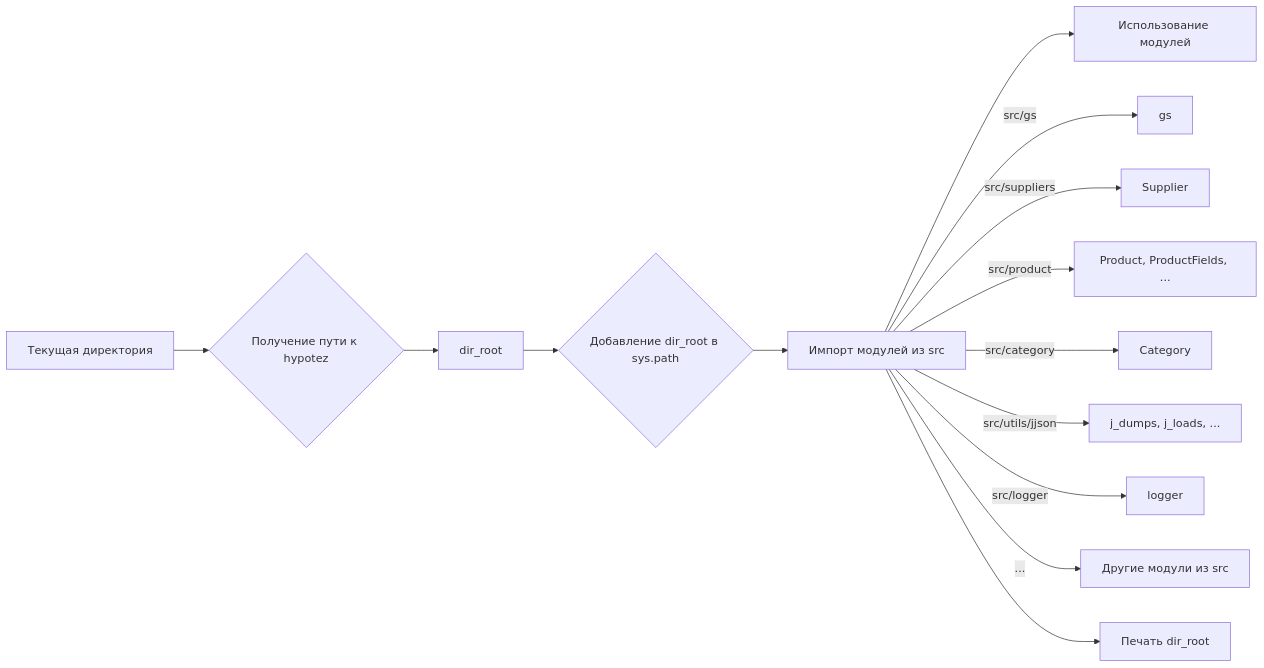
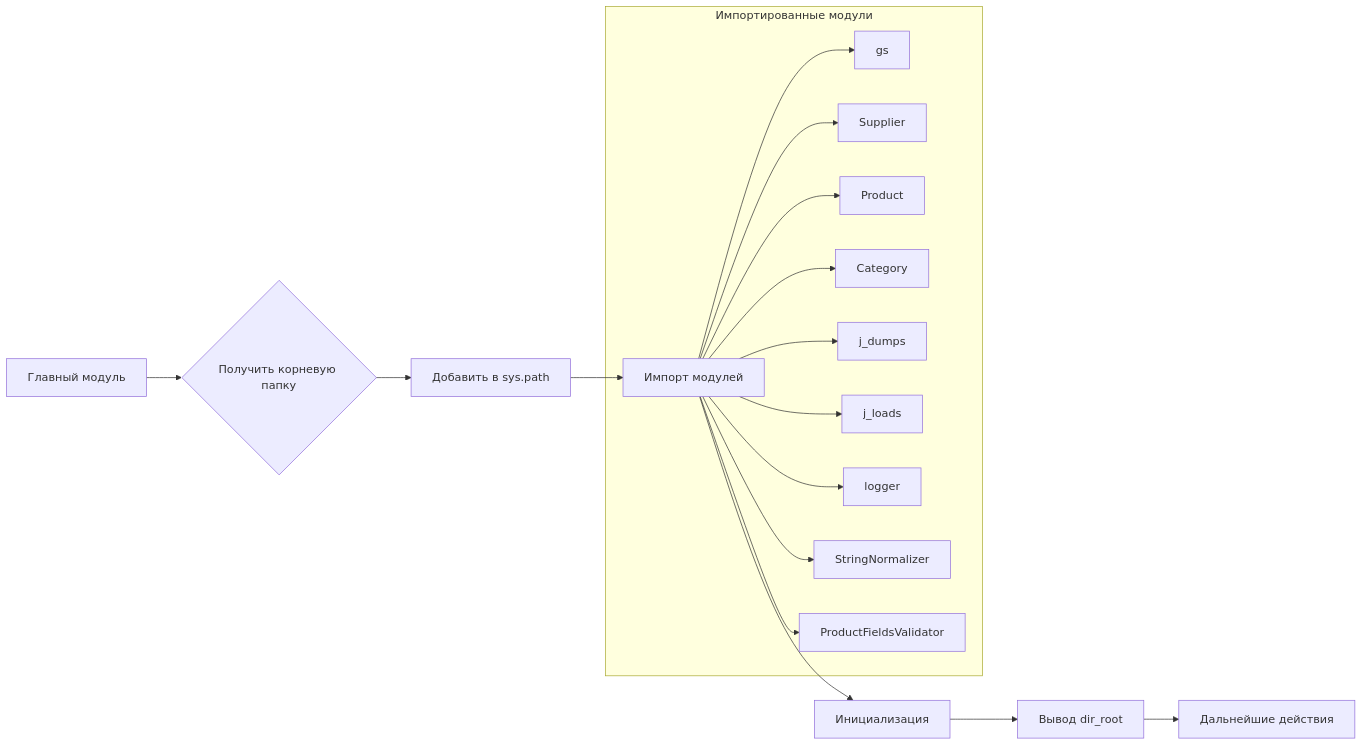
Before and after one commit to hypo69/hypo: the diagram in docs/gemini/ru/explainer/src/webdriver/edge/_examples/header.md, drawn with Mermaid. The commit also changed other lines of this file and 311 other files, not shown here.

````diff
--- a/docs/gemini/ru/explainer/src/webdriver/edge/_examples/header.md
+++ b/docs/gemini/ru/explainer/src/webdriver/edge/_examples/header.md
@@ -87,16 +79,21 @@
 ```mermaid
 graph LR
-    A[Текущая директория] --> B{Получение пути к hypotez};
-    B --> C[dir_root];
-    C --> D{Добавление dir_root в sys.path};
-    D --> E[Импорт модулей из src];
-    E --> F[Использование модулей];
-    E -- src/gs --> G[gs];
-    E -- src/suppliers --> H[Supplier];
-    E -- src/product --> I[Product, ProductFields, ...];
-    E -- src/category --> J[Category];
-    E -- src/utils/jjson --> K[j_dumps, j_loads, ...];
-    E -- src/logger --> L[logger];
-    E -- ... --> M[Другие модули из src];
-    E --> N[Печать dir_root];
+    A[Главный модуль] --> B{Получить корневую папку};
+    B --> C[Добавить в sys.path];
+    C --> D[Импорт модулей];
+    D --> E[Инициализация];
+    E --> F[Вывод dir_root];
+    F --> G[Дальнейшие действия];
+    subgraph "Импортированные модули"
+        D --> H[gs];
+        D --> I[Supplier];
+        D --> J[Product];
+        D --> K[Category];
+        D --> L[j_dumps];
+        D --> M[j_loads];
+        D --> N[logger];
+	   D --> O[StringNormalizer];
+	   D --> P[ProductFieldsValidator]
+        
+    end
 ```
````
